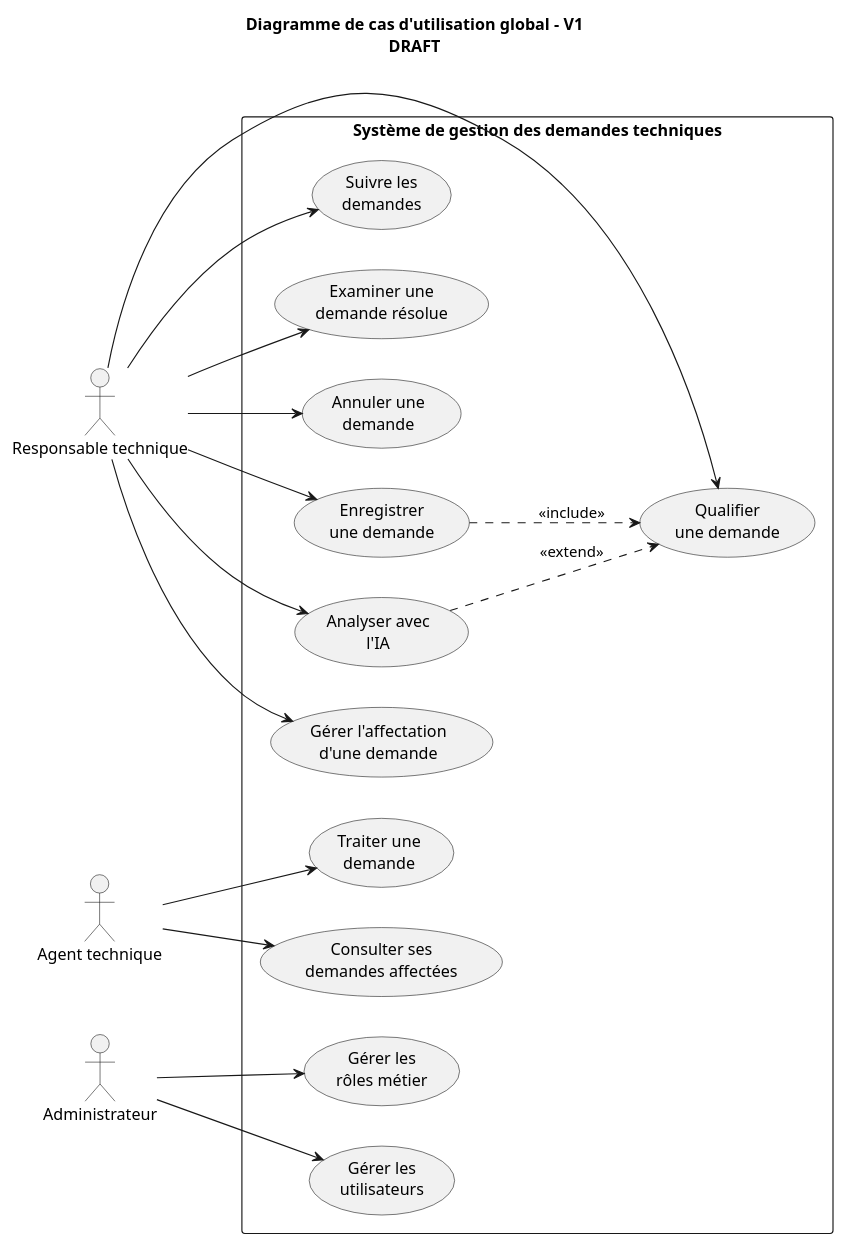
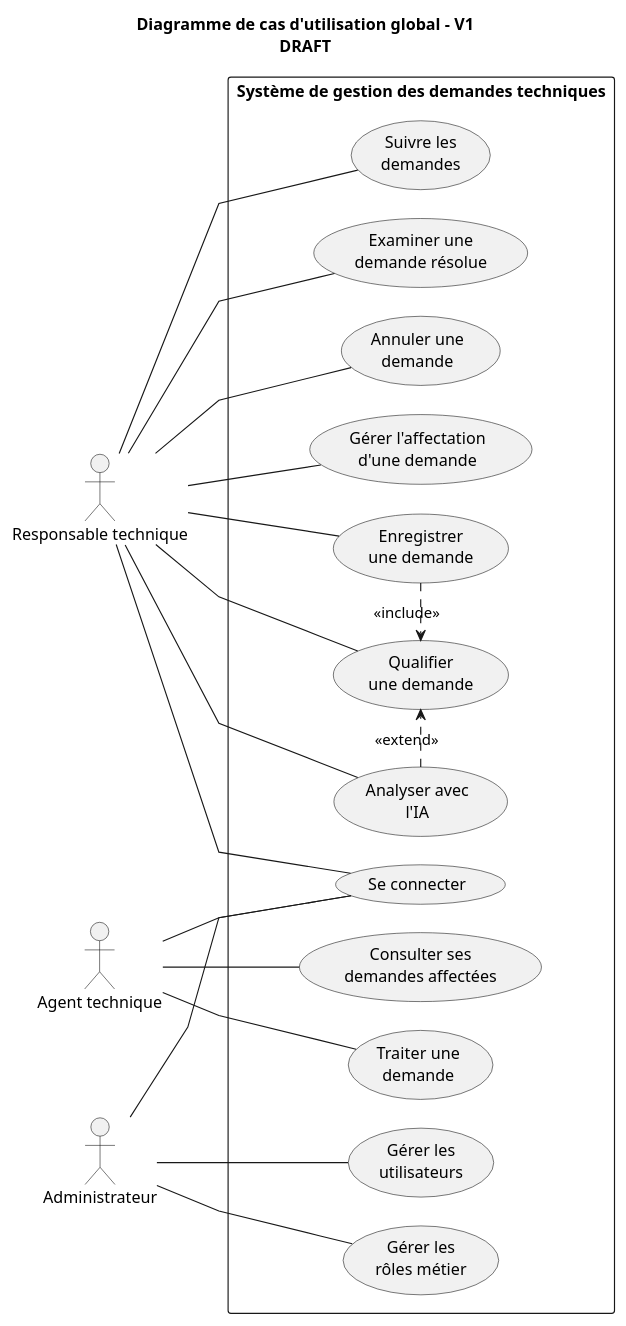
One commit to akrouty/gestion-demandes-techniques changed the diagram in docs/uml/use-case/use-case-v1.puml. Above: the diagram before and after it, drawn with PlantUML. The commit also changed 3 other files, not shown here.

```diff
--- a/docs/uml/use-case/use-case-v1.puml
+++ b/docs/uml/use-case/use-case-v1.puml
@@ -1,56 +1,66 @@
 @startuml
 
 ' ============================================================
 ' Diagramme de cas d'utilisation global - V1
 ' Statut : DRAFT
 ' Ne pas considérer cette version comme finale avant validation.
 ' ============================================================
 
 title Diagramme de cas d'utilisation global - V1\nDRAFT
 
 left to right direction
+skinparam linetype polyline
+skinparam nodesep 25
+skinparam ranksep 35
 
 actor "Responsable technique" as RT
 actor "Agent technique" as AT
 actor "Administrateur" as ADMIN
 
 rectangle "Système de gestion des demandes techniques" {
 
-    usecase "Enregistrer\nune demande" as UC_REGISTER
-    usecase "Qualifier\nune demande" as UC_QUALIFY
-    usecase "Analyser avec\nl'IA" as UC_AI
+    usecase "Se connecter" as UC_LOGIN
+
+    together {
+        usecase "Enregistrer\nune demande" as UC_REGISTER
+        usecase "Qualifier\nune demande" as UC_QUALIFY
+        usecase "Analyser avec\nl'IA" as UC_AI
+    }
 
     usecase "Gérer l'affectation\nd'une demande" as UC_ASSIGN
     usecase "Suivre les\ndemandes" as UC_TRACK
     usecase "Examiner une\ndemande résolue" as UC_REVIEW
     usecase "Annuler une\ndemande" as UC_CANCEL
 
     usecase "Consulter ses\ndemandes affectées" as UC_ASSIGNED
     usecase "Traiter une\ndemande" as UC_PROCESS
 
     usecase "Gérer les\nutilisateurs" as UC_USERS
     usecase "Gérer les\nrôles métier" as UC_ROLES
 }
 
 ' Responsable technique
-RT --> UC_REGISTER
-RT --> UC_QUALIFY
-RT --> UC_AI
-RT --> UC_ASSIGN
-RT --> UC_TRACK
-RT --> UC_REVIEW
-RT --> UC_CANCEL
+RT -- UC_LOGIN
+RT -- UC_REGISTER
+RT -- UC_QUALIFY
+RT -- UC_AI
+RT -- UC_ASSIGN
+RT -- UC_TRACK
+RT -- UC_REVIEW
+RT -- UC_CANCEL
 
 ' Agent technique
-AT --> UC_ASSIGNED
-AT --> UC_PROCESS
+AT -- UC_LOGIN
+AT -- UC_ASSIGNED
+AT -- UC_PROCESS
 
 ' Administrateur
-ADMIN --> UC_USERS
-ADMIN --> UC_ROLES
+ADMIN -- UC_LOGIN
+ADMIN -- UC_USERS
+ADMIN -- UC_ROLES
 
 ' Relations entre cas d'utilisation
-UC_REGISTER ..> UC_QUALIFY : <<include>>
-UC_AI ..> UC_QUALIFY : <<extend>>
+UC_REGISTER .[norank].> UC_QUALIFY : <<include>>
+UC_AI .[norank].> UC_QUALIFY : <<extend>>
 
 @enduml
```
